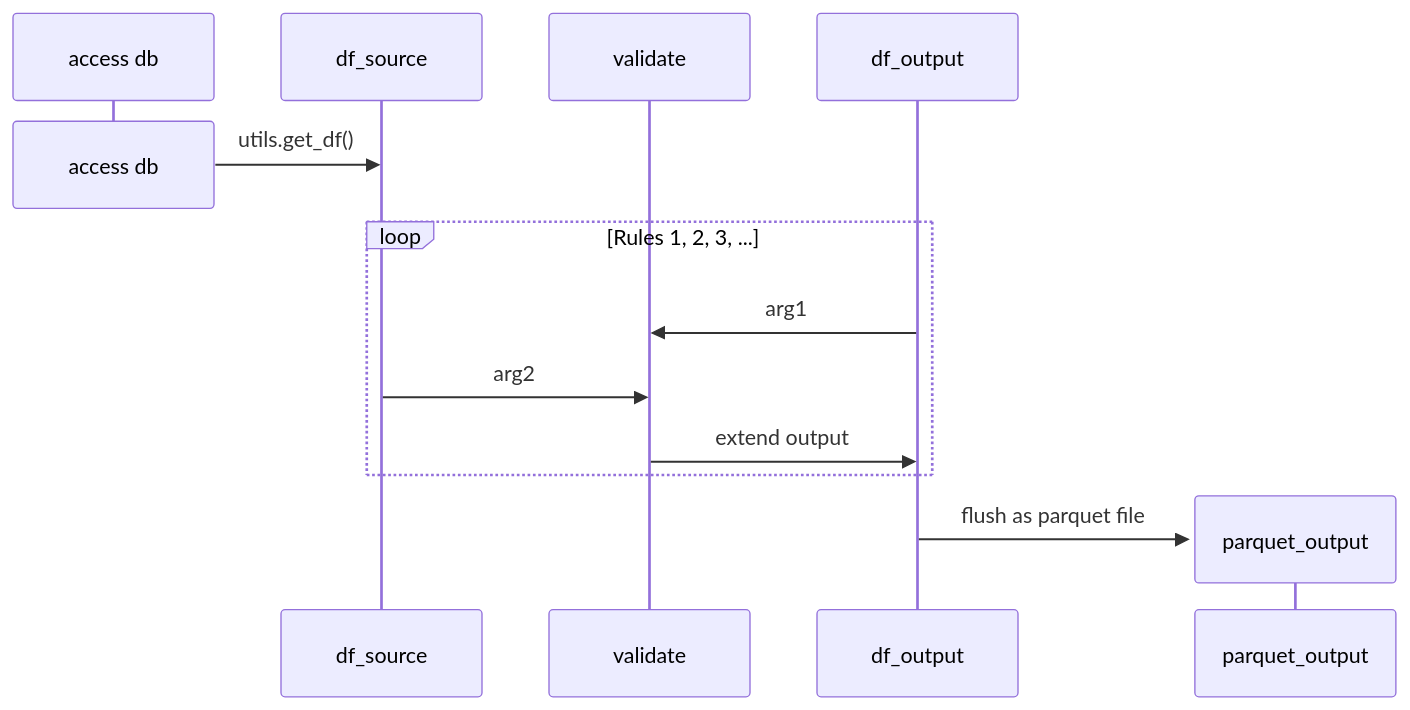
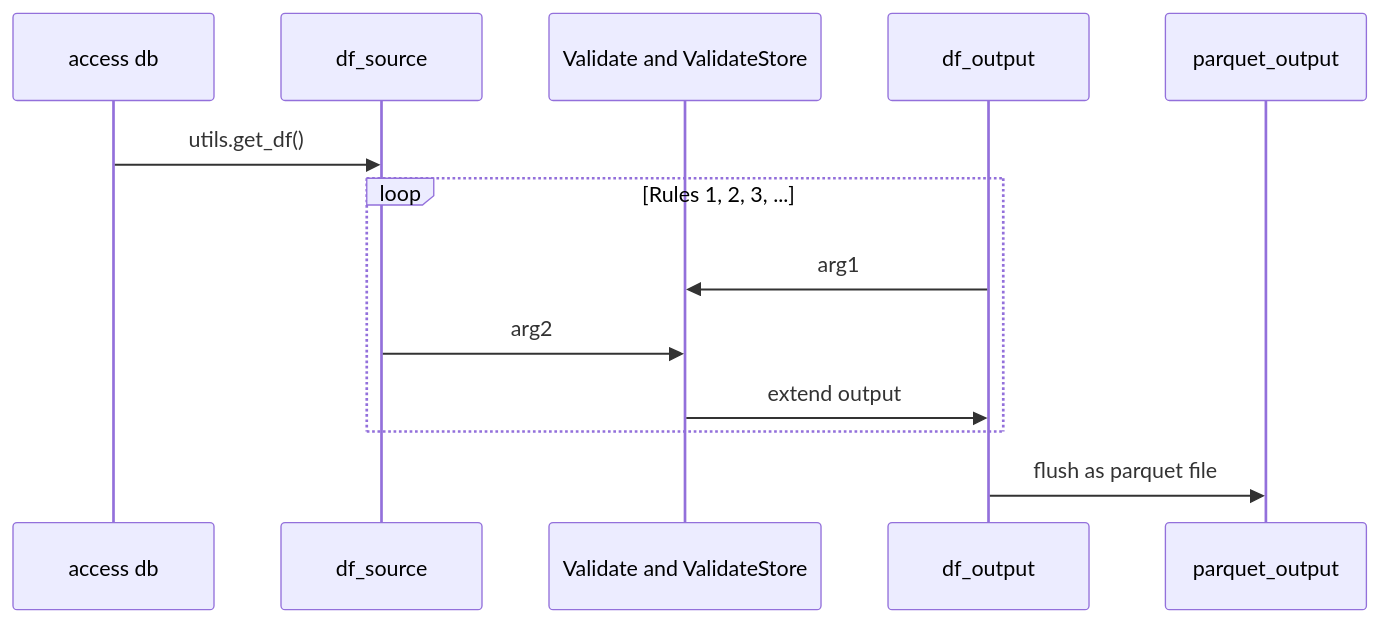
One commit to drtingtp/oralcancer-data-cleaning changed the first of 2 diagrams in docs/architecture.md. Above: the diagram before and after it, drawn with Mermaid. The commit also changed other lines of this file, not shown here.

Commit message:
Update architecture docs - Remove `create` and `destroy` clauses for compatibility with github

````diff
--- a/docs/architecture.md
+++ b/docs/architecture.md
@@ -4,20 +4,18 @@
 ```mermaid
 sequenceDiagram
     participant access db
-
     participant df_source
-    destroy access db
     access db->>df_source: utils.get_df()
 
-    participant validate
+    participant Validate and ValidateStore
     participant df_output
 
     loop Rules 1, 2, 3, ...
-        df_output->>validate: arg1
-        df_source ->> validate: arg2
-        validate ->> df_output: extend output
+        df_output ->> Validate and ValidateStore: arg1
+        df_source ->> Validate and ValidateStore: arg2
+        Validate and ValidateStore ->> df_output: extend output
     end
 
-    create participant parquet_output
+    participant parquet_output
     df_output ->> parquet_output: flush as parquet file
 ```
````
